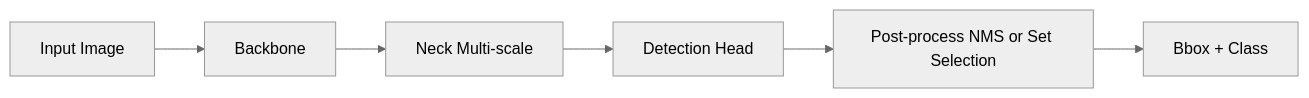
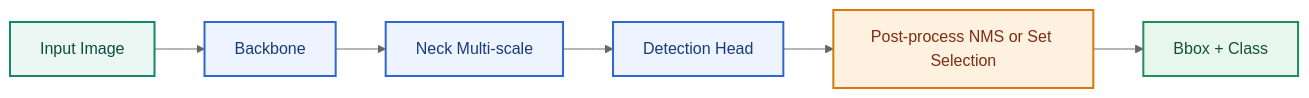
Before and after one commit to LeNguyenHaiDuong/adas-tsr: the first of 15 diagrams in research/3.research_tsr_detection_architecture_research.md, drawn with Mermaid (neutral theme). The commit also changed other lines of this file and 5 other files, not shown here.

Commit message:
Add mermaid color

````diff
--- a/research/3.research_tsr_detection_architecture_research.md
+++ b/research/3.research_tsr_detection_architecture_research.md
@@ -28,8 +43,17 @@
 ```mermaid
 flowchart LR
     A[Input Image] --> B[Backbone]
     B --> C[Neck Multi-scale]
     C --> D[Detection Head]
     D --> E[Post-process NMS or Set Selection]
     E --> F[Bbox + Class]
+
+    classDef source fill:#EAF7F2,stroke:#14866D,color:#0F4C3F,stroke-width:2px;
+    classDef feature fill:#EDF3FF,stroke:#2F66D0,color:#173B7A,stroke-width:2px;
+    classDef decision fill:#FFF1E0,stroke:#D97706,color:#7C2D12,stroke-width:2px;
+    classDef integration fill:#E8F7EE,stroke:#1E8E5A,color:#14532D,stroke-width:2px;
+    class A source;
+    class B,C,D feature;
+    class E decision;
+    class F integration;
 ```
````
